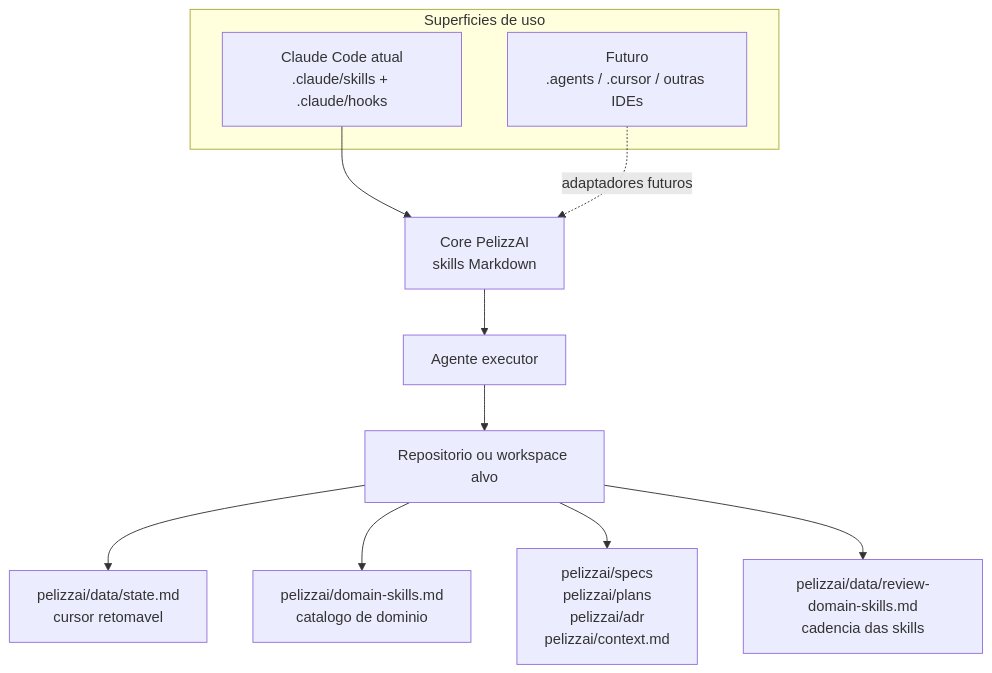
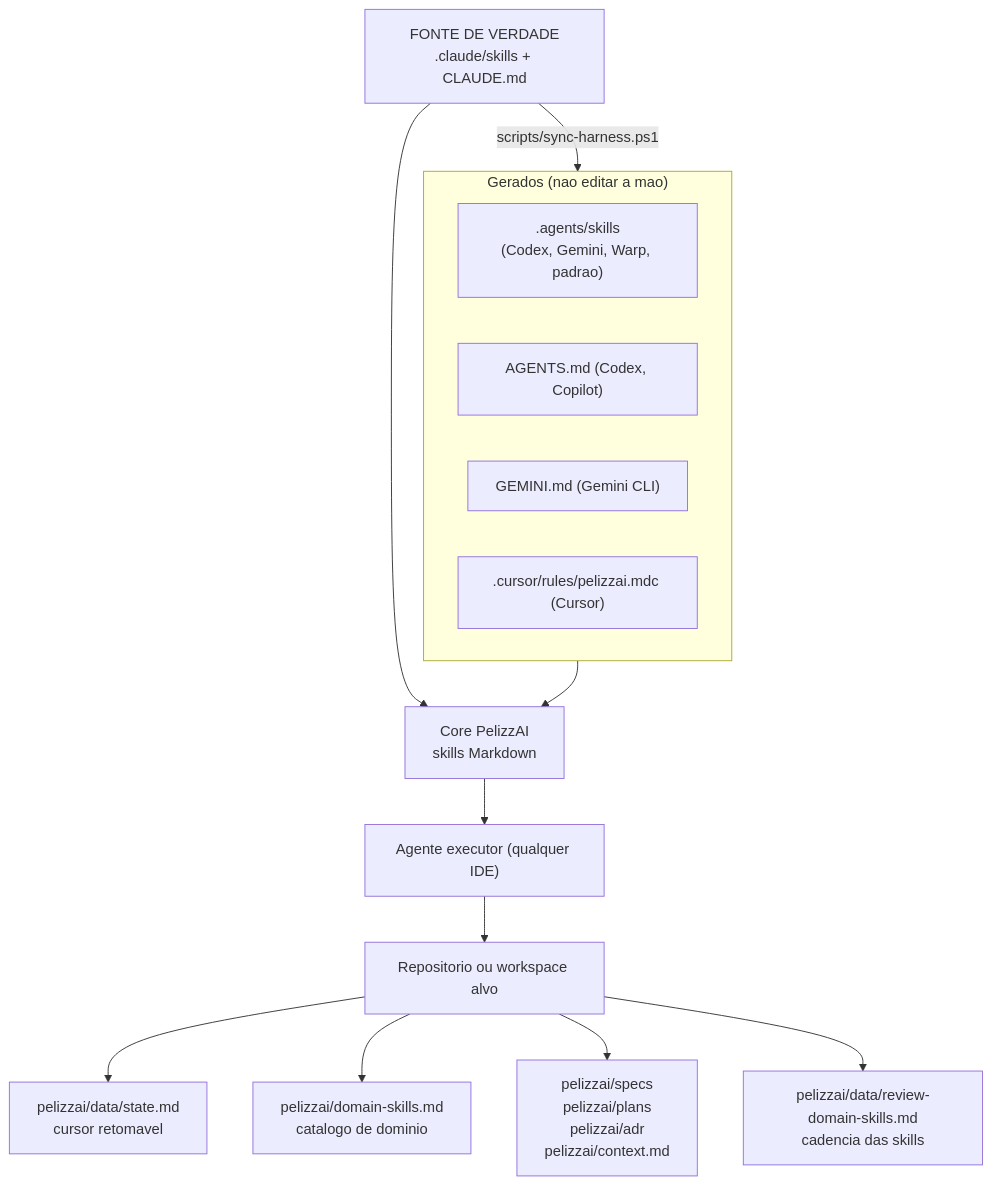
The first of 11 diagrams in README.md (rpelizza/PelizzAI), drawn with Mermaid before and after one commit. The commit also changed other lines of this file and 81 other files, not shown here.

First line of the commit message:
feat: distribuicao multi-IDE do harness (sync + adaptadores)

````diff
--- a/README.md
+++ b/README.md
@@ -37,18 +37,23 @@
 ```mermaid
 flowchart TB
-    subgraph IDE["Superficies de uso"]
-        CC["Claude Code atual<br/>.claude/skills + .claude/hooks"]
-        FUT["Futuro<br/>.agents / .cursor / outras IDEs"]
+    SRC["FONTE DE VERDADE<br/>.claude/skills + CLAUDE.md"]
+    SRC -->|"scripts/sync-harness.ps1"| GEN
+
+    subgraph GEN["Gerados (nao editar a mao)"]
+        AG[".agents/skills<br/>(Codex, Gemini, Warp, padrao)"]
+        AGMD["AGENTS.md (Codex, Copilot)"]
+        GMMD["GEMINI.md (Gemini CLI)"]
+        CUR[".cursor/rules/pelizzai.mdc (Cursor)"]
     end
 
-    CC --> CORE["Core PelizzAI<br/>skills Markdown"]
-    FUT -. adaptadores futuros .-> CORE
+    SRC --> CORE["Core PelizzAI<br/>skills Markdown"]
+    GEN --> CORE
 
-    CORE --> AGENT["Agente executor"]
+    CORE --> AGENT["Agente executor (qualquer IDE)"]
     AGENT --> TARGET["Repositorio ou workspace alvo"]
 
     TARGET --> STATE["pelizzai/data/state.md<br/>cursor retomavel"]
     TARGET --> DOMAIN["pelizzai/domain-skills.md<br/>catalogo de dominio"]
     TARGET --> DOCS["pelizzai/specs<br/>pelizzai/plans<br/>pelizzai/adr<br/>pelizzai/context.md"]
     TARGET --> LEDGER["pelizzai/data/review-domain-skills.md<br/>cadencia das skills"]
 ```
````
